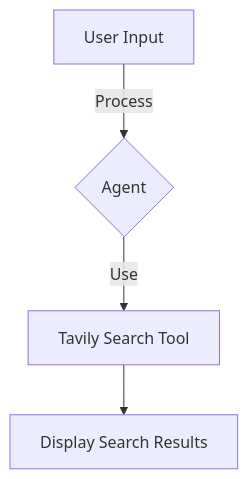
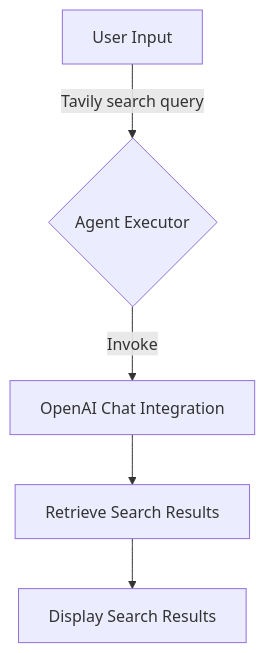
The diagram in search_tavily_agent/README.md (Patotricks15/Generative-AI-projects), drawn with Mermaid before and after one commit. The commit also changed other lines of this file and 22 other files, not shown here.

````diff
--- a/search_tavily_agent/README.md
+++ b/search_tavily_agent/README.md
@@ -12,6 +11,7 @@
 ```mermaid
 flowchart TD
-A[User Input] -->|Process| B{Agent}
-B -->|Use| C[Tavily Search Tool]
-C --> D[Display Search Results]
+    A[User Input] -->|Tavily search query| B{Agent Executor}
+    B -->|Invoke| C[OpenAI Chat Integration]
+    C --> D[Retrieve Search Results]
+    D --> E[Display Search Results]
 ```
````
